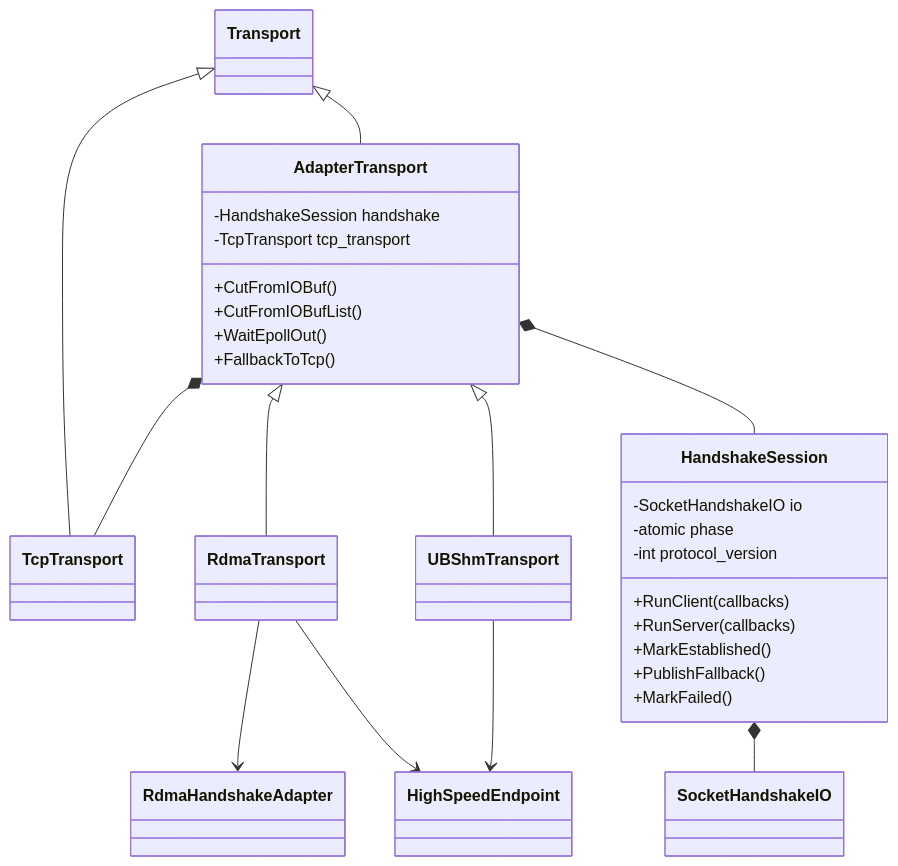
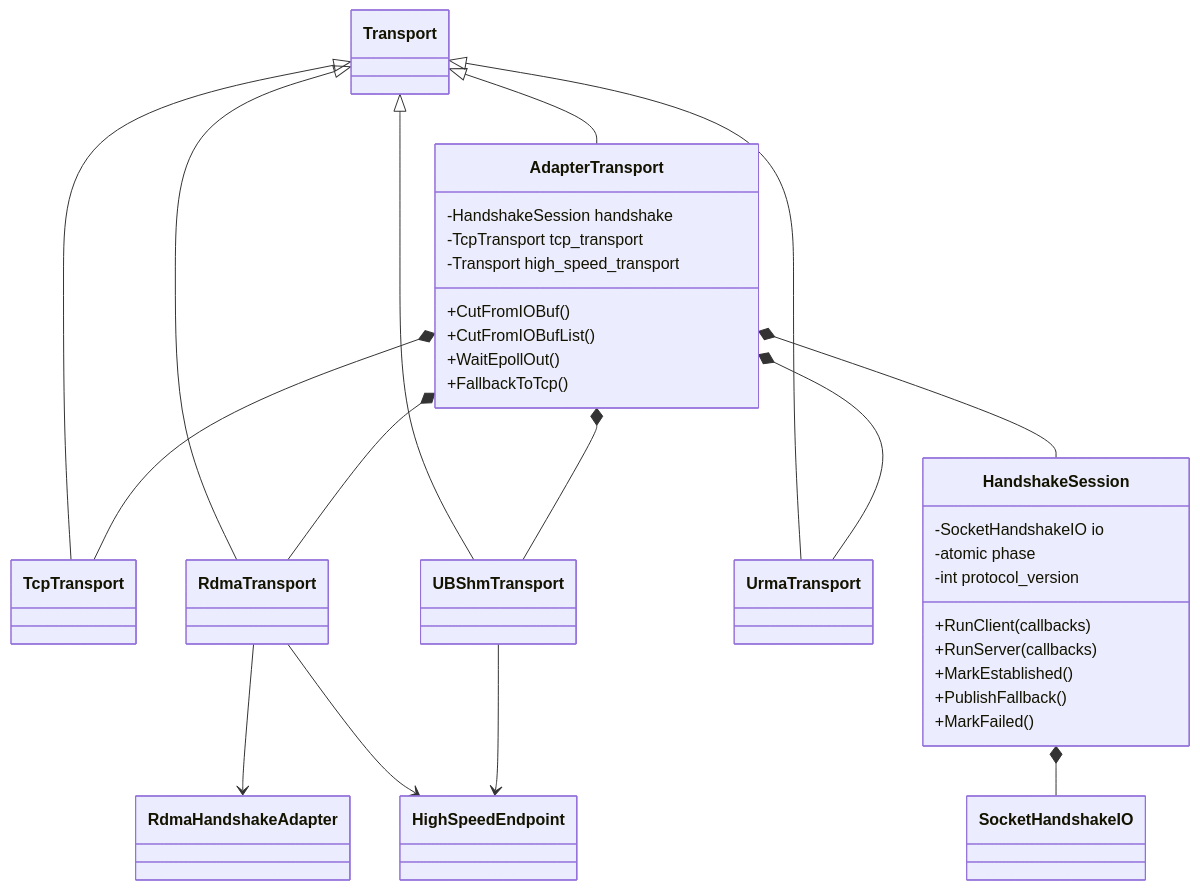
One commit to LinQuickDev/brpc changed the fifth of 5 diagrams in docs/cn/handshake_common_design.md. Above: the diagram before and after it, drawn with Mermaid. The commit also changed other lines of this file and 12 other files, not shown here.

Commit message:
Make AdapterTransport the top-level transport

````diff
--- a/docs/cn/handshake_common_design.md
+++ b/docs/cn/handshake_common_design.md
@@ -718,38 +722,44 @@
 ```mermaid
 classDiagram
     class Transport
     class TcpTransport
     class AdapterTransport {
         -HandshakeSession handshake
         -TcpTransport tcp_transport
+        -Transport high_speed_transport
         +CutFromIOBuf()
         +CutFromIOBufList()
         +WaitEpollOut()
         +FallbackToTcp()
     }
     class HandshakeSession {
         -SocketHandshakeIO io
         -atomic phase
         -int protocol_version
         +RunClient(callbacks)
         +RunServer(callbacks)
         +MarkEstablished()
         +PublishFallback()
         +MarkFailed()
     }
     class RdmaTransport
     class RdmaHandshakeAdapter
+    class UrmaTransport
     class UBShmTransport
     class HighSpeedEndpoint
 
     Transport <|-- TcpTransport
     Transport <|-- AdapterTransport
-    AdapterTransport <|-- RdmaTransport
-    AdapterTransport <|-- UBShmTransport
+    Transport <|-- RdmaTransport
+    Transport <|-- UrmaTransport
+    Transport <|-- UBShmTransport
     AdapterTransport *-- TcpTransport
+    AdapterTransport *-- RdmaTransport
+    AdapterTransport *-- UrmaTransport
+    AdapterTransport *-- UBShmTransport
     AdapterTransport *-- HandshakeSession
     HandshakeSession *-- SocketHandshakeIO
     RdmaTransport --> RdmaHandshakeAdapter
     RdmaTransport --> HighSpeedEndpoint
     UBShmTransport --> HighSpeedEndpoint
 ```
````
